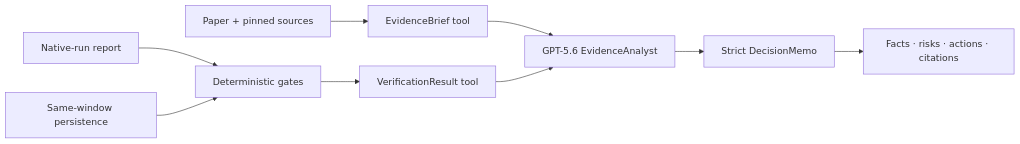
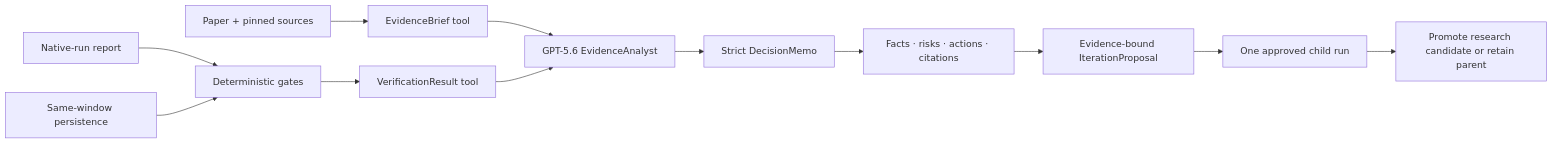
Before and after one commit to summerming1/finance-forecast-agent: the diagram in docs/BUILD_WEEK_SUBMISSION.md, drawn with Mermaid. The commit also changed other lines of this file and 18 other files, not shown here.

Commit message:
feat: add evidence-guided model iteration lab

````diff
--- a/docs/BUILD_WEEK_SUBMISSION.md
+++ b/docs/BUILD_WEEK_SUBMISSION.md
@@ -41,11 +47,14 @@
 ```mermaid
 flowchart LR
     A["Paper + pinned sources"] --> B["EvidenceBrief tool"]
     C["Native-run report"] --> D["Deterministic gates"]
     P["Same-window persistence"] --> D
     D --> E["VerificationResult tool"]
     B --> F["GPT-5.6 EvidenceAnalyst"]
     E --> F
     F --> G["Strict DecisionMemo"]
     G --> H["Facts · risks · actions · citations"]
+    H --> I["Evidence-bound IterationProposal"]
+    I --> J["One approved child run"]
+    J --> K["Promote research candidate or retain parent"]
 ```
````
